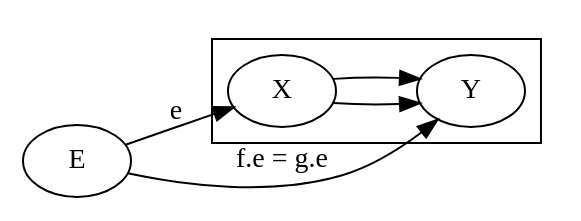
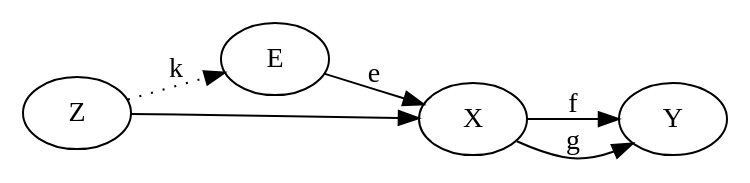
The diagram in study/category/img/16.dot (yugeta/cympfh.github.io), drawn with Graphviz before and after one commit. The commit also changed 44 other files, not shown here.

```diff
--- a/study/category/img/16.dot
+++ b/study/category/img/16.dot
@@ -1,9 +1,8 @@
 digraph {
-  E;
-  subgraph cluster_p {
-    X -> Y; X -> Y;
-  }
-  E -> X [label="e"];
-  E -> Y [label="f.e = g.e"];
+  E -> X [label = "e"];
+  X -> Y [label = "f"];
+  X -> Y [label = "g"];
+  Z -> X;
+  Z -> E [label = "k", style="dotted"];
   rankdir="LR";
 }
```
